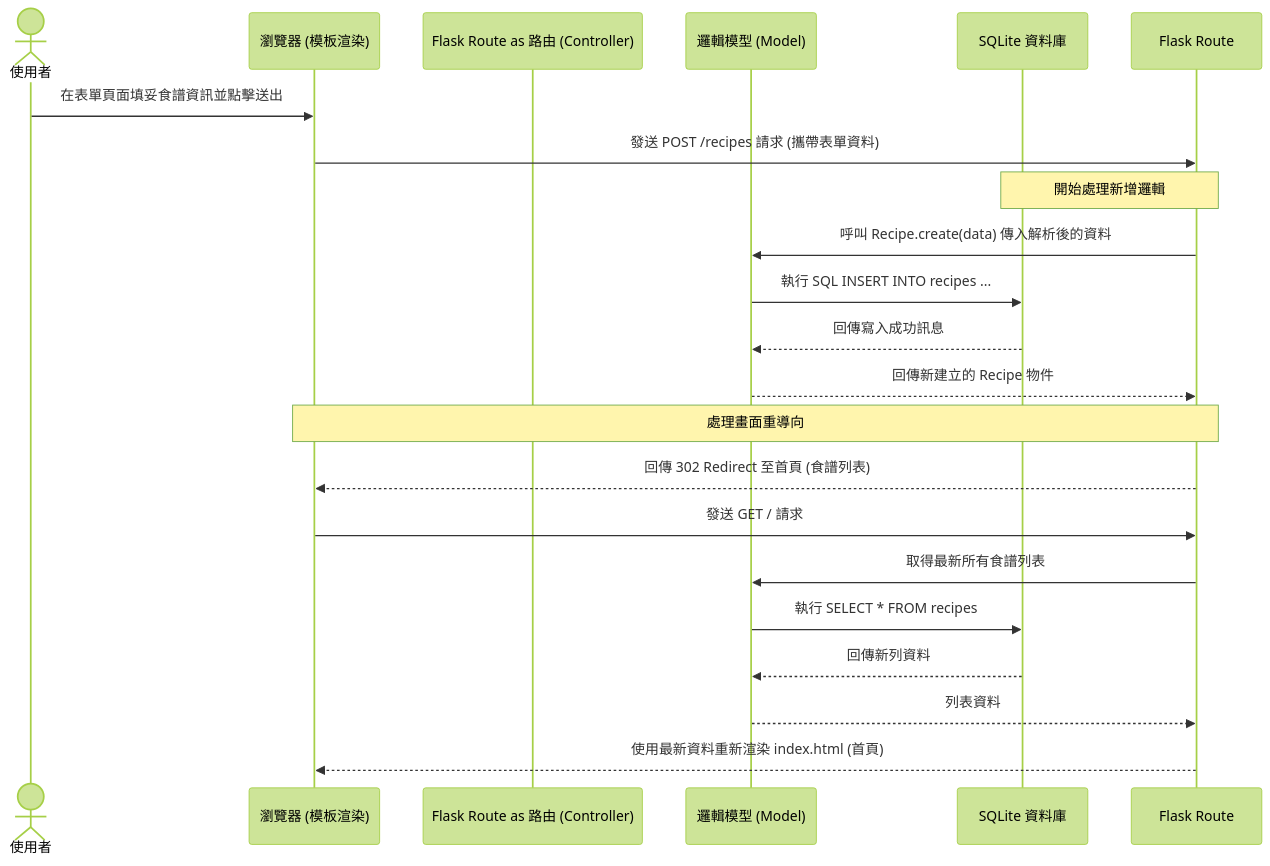
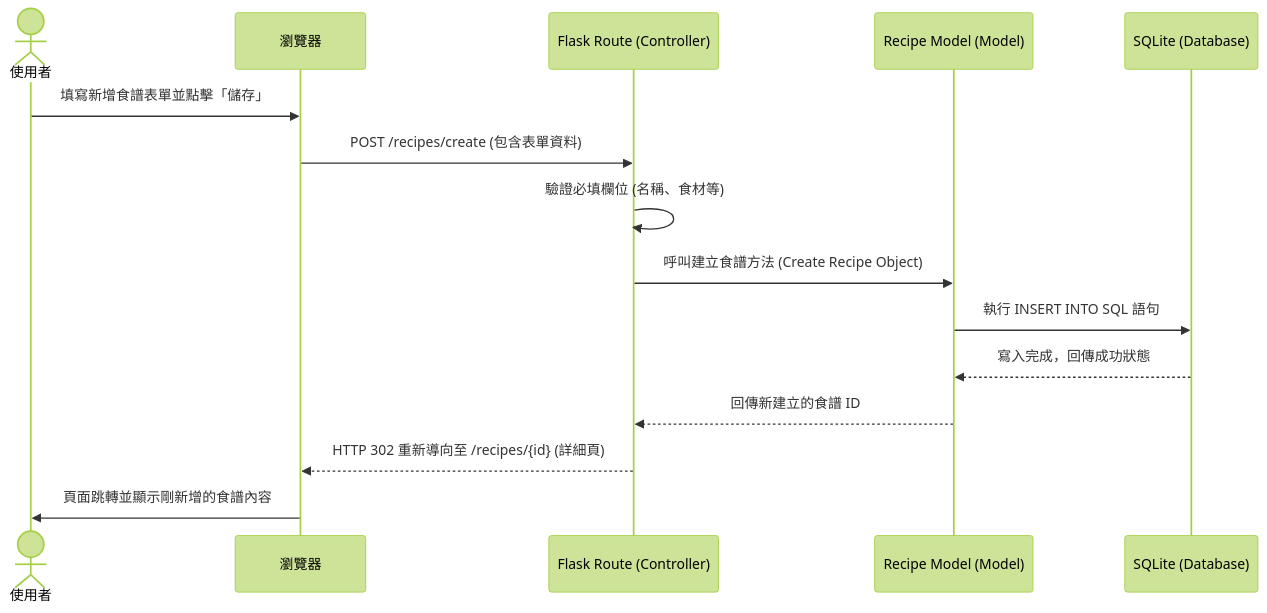
One commit to d1463468/web_app_development changed the second of 2 diagrams in docs/FLOWCHART.md. Above: the diagram before and after it, drawn with Mermaid (forest theme). The commit also changed other lines of this file, not shown here.

Commit message:
docs: add user flowchart

````diff
--- a/docs/FLOWCHART.md
+++ b/docs/FLOWCHART.md
@@ -38,28 +44,18 @@
 ```mermaid
 sequenceDiagram
     actor User as 使用者
-    participant Browser as 瀏覽器 (模板渲染)
-    participant Flask Route as 路由 (Controller)
-    participant Model as 邏輯模型 (Model)
-    participant DB as SQLite 資料庫
-
-    User->>Browser: 在表單頁面填妥食譜資訊並點擊送出
-    Browser->>Flask Route: 發送 POST /recipes 請求 (攜帶表單資料)
+    participant Browser as 瀏覽器
+    participant Route as Flask Route (Controller)
+    participant Model as Recipe Model (Model)
+    participant DB as SQLite (Database)
     
-    Note over Flask Route, DB: 開始處理新增邏輯
-    
-    Flask Route->>Model: 呼叫 Recipe.create(data) 傳入解析後的資料
-    Model->>DB: 執行 SQL INSERT INTO recipes ... 
-    DB-->>Model: 回傳寫入成功訊息
-    Model-->>Flask Route: 回傳新建立的 Recipe 物件
-    
-    Note over Flask Route, Browser: 處理畫面重導向
-    
-    Flask Route-->>Browser: 回傳 302 Redirect 至首頁 (食譜列表)
-    Browser->>Flask Route: 發送 GET / 請求
-    Flask Route->>Model: 取得最新所有食譜列表
-    Model->>DB: 執行 SELECT * FROM recipes
-    DB-->>Model: 回傳新列資料
-    Model-->>Flask Route: 列表資料
-    Flask Route-->>Browser: 使用最新資料重新渲染 index.html (首頁)
+    User->>Browser: 填寫新增食譜表單並點擊「儲存」
+    Browser->>Route: POST /recipes/create (包含表單資料)
+    Route->>Route: 驗證必填欄位 (名稱、食材等)
+    Route->>Model: 呼叫建立食譜方法 (Create Recipe Object)
+    Model->>DB: 執行 INSERT INTO SQL 語句
+    DB-->>Model: 寫入完成，回傳成功狀態
+    Model-->>Route: 回傳新建立的食譜 ID
+    Route-->>Browser: HTTP 302 重新導向至 /recipes/{id} (詳細頁)
+    Browser->>User: 頁面跳轉並顯示剛新增的食譜內容
 ```
````
